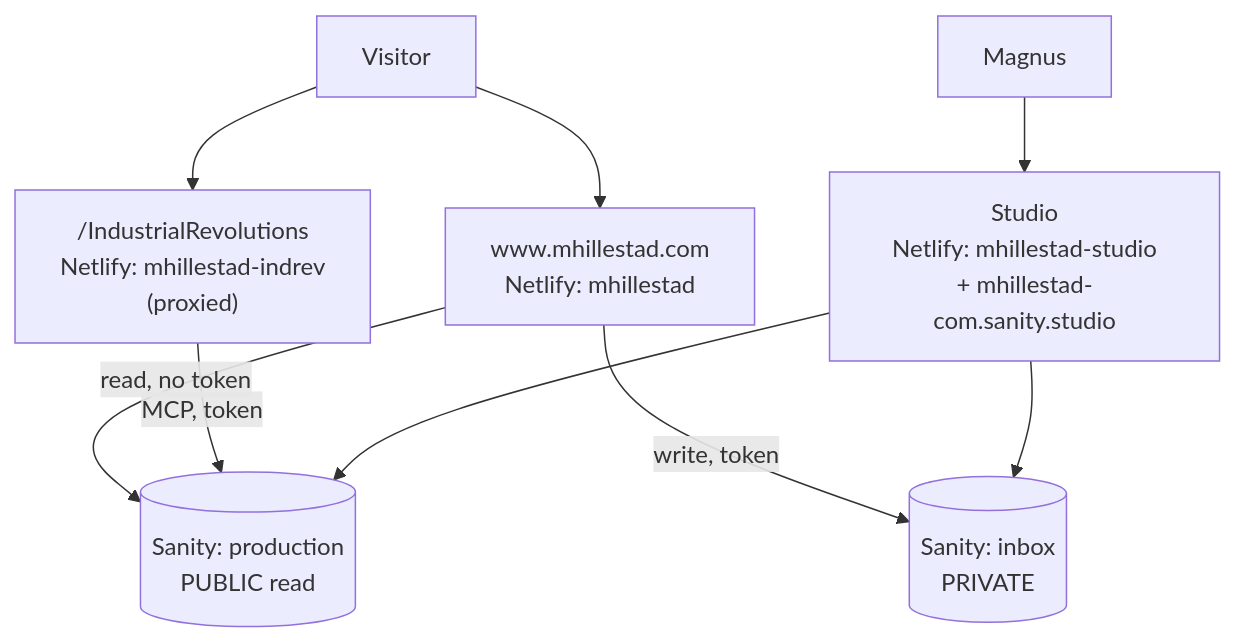
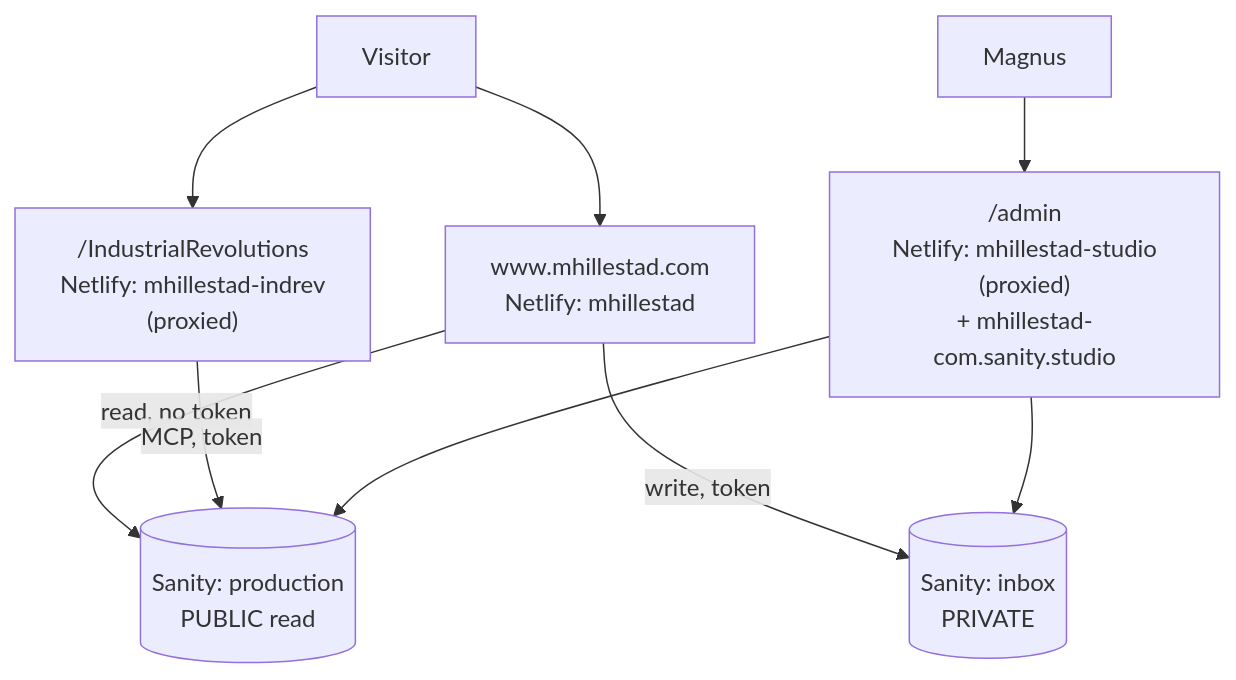
One commit to magnushi/mhillestad changed the diagram in SYSTEM-ARCHITECTURE.md. Above: the diagram before and after it, drawn with Mermaid. The commit also changed other lines of this file and 6 other files, not shown here.

First line of the commit message:
Serve the Studio at www.mhillestad.com/admin

````diff
--- a/SYSTEM-ARCHITECTURE.md
+++ b/SYSTEM-ARCHITECTURE.md
@@ -20,12 +20,12 @@
 ```mermaid
 graph TD
   V["Visitor"] --> WWW["www.mhillestad.com<br/>Netlify: mhillestad"]
   V --> IR["/IndustrialRevolutions<br/>Netlify: mhillestad-indrev<br/>(proxied)"]
-  E["Magnus"] --> ST["Studio<br/>Netlify: mhillestad-studio<br/>+ mhillestad-com.sanity.studio"]
+  E["Magnus"] --> ST["/admin<br/>Netlify: mhillestad-studio<br/>(proxied)<br/>+ mhillestad-com.sanity.studio"]
 
   WWW -->|"read, no token"| PROD[("Sanity: production<br/>PUBLIC read")]
   WWW -->|"write, token"| INBOX[("Sanity: inbox<br/>PRIVATE")]
   IR -->|"MCP, token"| PROD
   ST --> PROD
   ST --> INBOX
 ```
````
